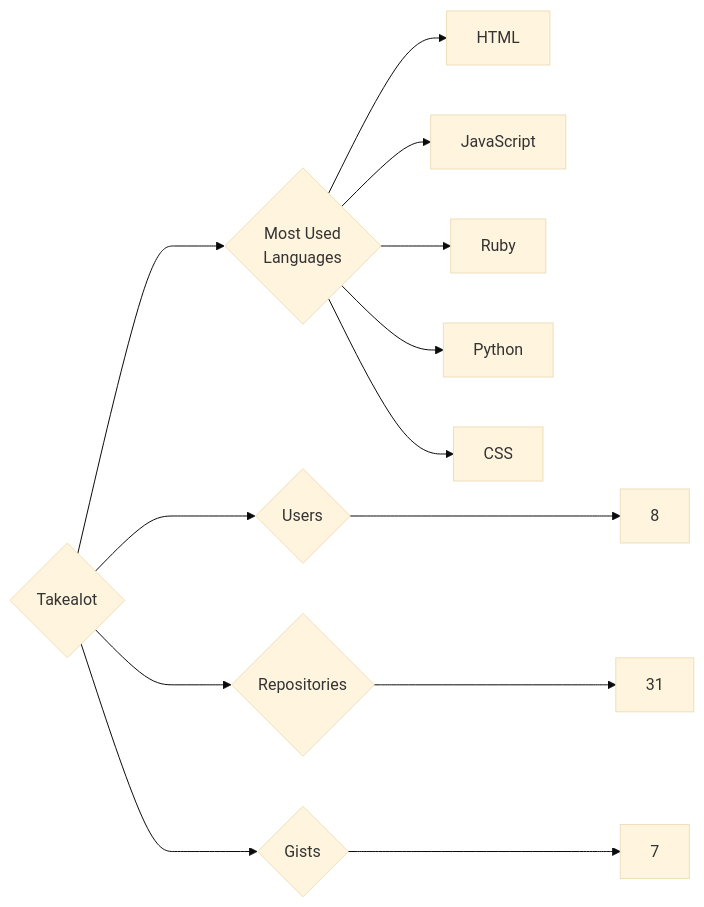
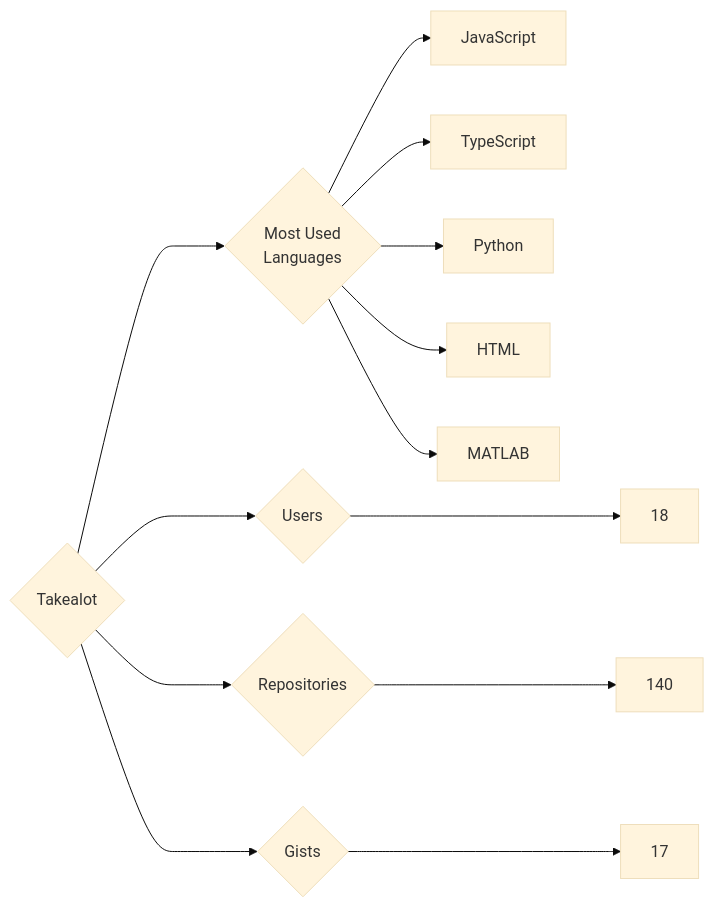
The diagram in targets/Takealot/README.md (trickest/insiders), drawn with Mermaid (base theme) before and after one commit. The commit also changed 597 other files, not shown here.

````diff
--- a/targets/Takealot/README.md
+++ b/targets/Takealot/README.md
@@ -3,13 +3,13 @@
 ```mermaid
 graph LR
 COMPANY_NAME{Takealot}
-COMPANY_NAME ---> U{Users} ---> UN[8]
-COMPANY_NAME ---> R{Repositories} ---> RN[31]
-COMPANY_NAME ---> G{Gists} ---> GN[7]
+COMPANY_NAME ---> U{Users} ---> UN[18]
+COMPANY_NAME ---> R{Repositories} ---> RN[140]
+COMPANY_NAME ---> G{Gists} ---> GN[17]
 COMPANY_NAME ---> ML{Most Used<br>Languages}
+ML --> JavaScript[JavaScript]
+ML --> TypeScript[TypeScript]
+ML --> Python[Python]
 ML --> HTML[HTML]
-ML --> JavaScript[JavaScript]
-ML --> Ruby[Ruby]
-ML --> Python[Python]
-ML --> CSS[CSS]
+ML --> MATLAB[MATLAB]
 ```
````
